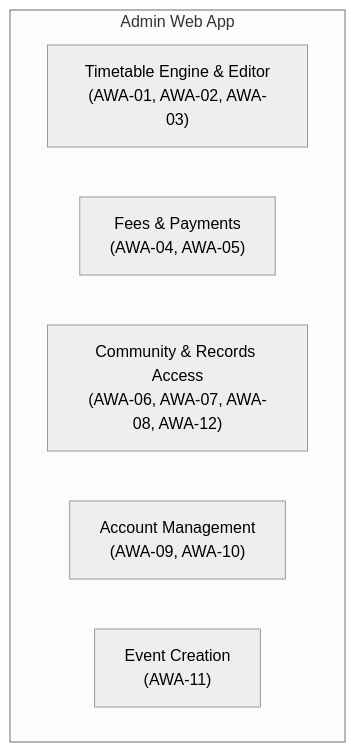
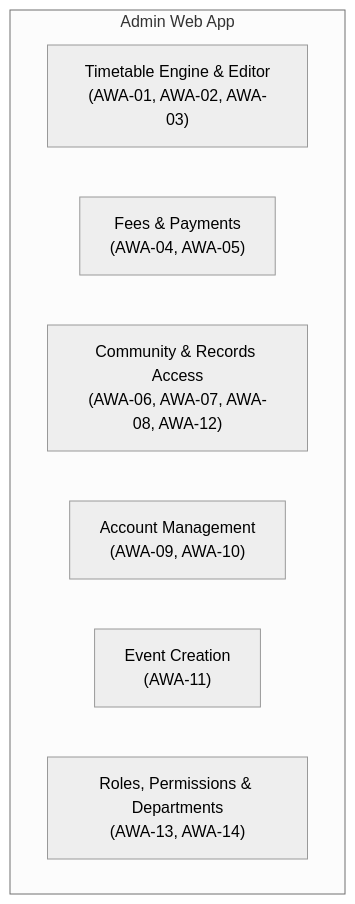
The fifth of 6 diagrams in Campus platform architecture.md (Z-Zenith/Omega), drawn with Mermaid before and after one commit. The commit also changed other lines of this file, not shown here.

````diff
--- a/Campus platform architecture.md
+++ b/Campus platform architecture.md
@@ -312,11 +313,12 @@
 ```mermaid
 %%{init: {'theme': 'neutral'}}%%
 flowchart TB
     subgraph AWA["Admin Web App"]
         ttengine["Timetable Engine & Editor<br/>(AWA-01, AWA-02, AWA-03)"]
         fees["Fees & Payments<br/>(AWA-04, AWA-05)"]
         records["Community & Records Access<br/>(AWA-06, AWA-07, AWA-08, AWA-12)"]
         accounts["Account Management<br/>(AWA-09, AWA-10)"]
         events["Event Creation<br/>(AWA-11)"]
+        rbac["Roles, Permissions & Departments<br/>(AWA-13, AWA-14)"]
     end
 ```
````
